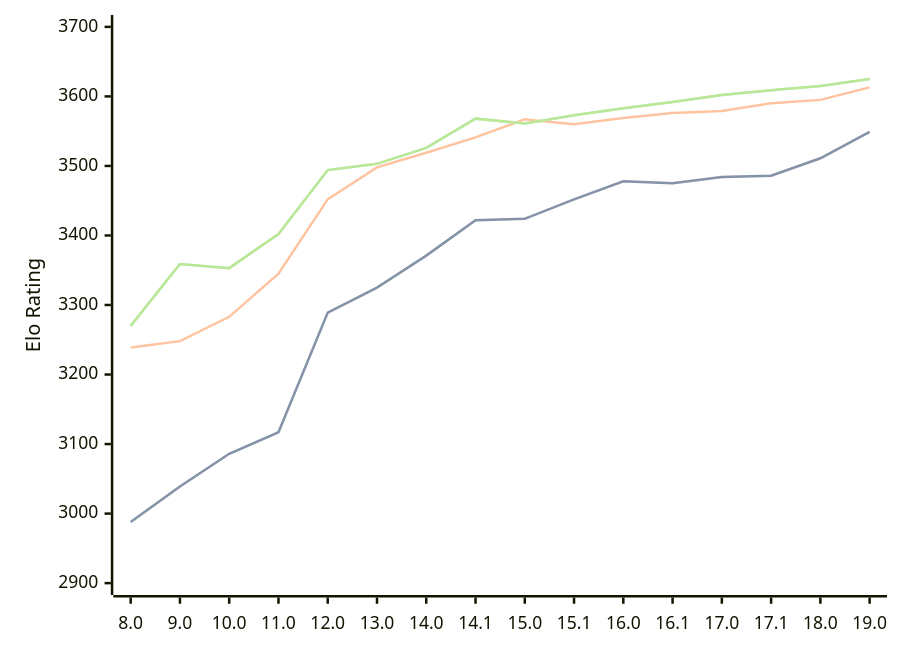
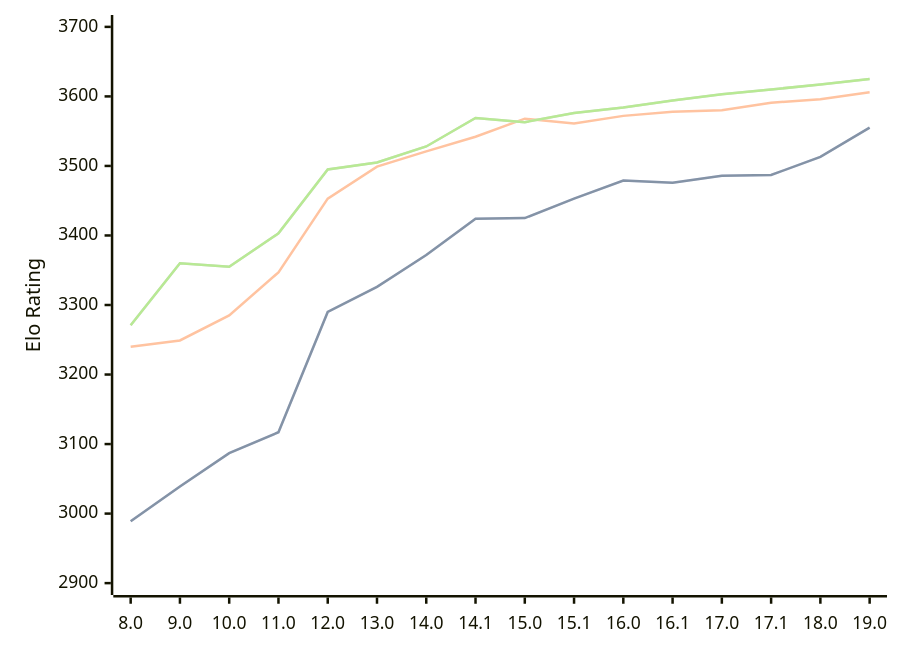
The diagram in engines/Stockfish.md (computer-chess-index/cci), drawn with Mermaid before and after one commit. The commit also changed other lines of this file, not shown here.

Commit message:
Update CCI Ratings (ELO VLTC) - 2026-09-08

````diff
--- a/engines/Stockfish.md
+++ b/engines/Stockfish.md
@@ -46,11 +46,11 @@
 ```mermaid
 %%{init: {"theme":"base","themeVariables":{"seriesColors:['#a3a3a3','#222221','#faa371']}}}%%
 xychart-beta
   x-axis ["8.0", "9.0", "10.0", "11.0", "12.0", "13.0", "14.0", "14.1", "15.0", "15.1", "16.0", "16.1", "17.0", "17.1", "18.0", "19.0"]
   y-axis "Elo Rating" 2900 --> 3700
-  line "" [2988, 3039, 3086, 3117, 3289, 3325, 3371, 3422, 3424, 3452, 3478, 3475, 3484, 3486, 3511, 3549]
-  line "STC (8.0+0.08s)" [2988, 3039, 3086, 3117, 3289, 3325, 3371, 3422, 3424, 3452, 3478, 3475, 3484, 3486, 3511, 3549]
-  line "LTC (60.0+0.60s)" [3239, 3248, 3283, 3345, 3452, 3498, 3519, 3541, 3567, 3560, 3569, 3576, 3579, 3590, 3595, 3613]
-  line "" [3270, 3359, 3353, 3402, 3494, 3503, 3526, 3568, 3561, 3573, 3583, 3592, 3602, 3609, 3615, 3625]
-  line "VLTC (2m24s+1.12s)" [3270, 3359, 3353, 3402, 3494, 3503, 3526, 3568, 3561, 3573, 3583, 3592, 3602, 3609, 3615, 3625]
+  line "" [2989, 3039, 3087, 3117, 3290, 3326, 3372, 3424, 3425, 3453, 3479, 3476, 3486, 3487, 3513, 3555]
+  line "STC (8.0+0.08s)" [2989, 3039, 3087, 3117, 3290, 3326, 3372, 3424, 3425, 3453, 3479, 3476, 3486, 3487, 3513, 3555]
+  line "LTC (60.0+0.60s)" [3240, 3249, 3285, 3347, 3453, 3499, 3521, 3542, 3568, 3561, 3572, 3578, 3580, 3591, 3596, 3606]
+  line "" [3271, 3360, 3355, 3403, 3495, 3505, 3528, 3569, 3563, 3576, 3584, 3594, 3603, 3610, 3617, 3625]
+  line "VLTC (2m24s+1.12s)" [3271, 3360, 3355, 3403, 3495, 3505, 3528, 3569, 3563, 3576, 3584, 3594, 3603, 3610, 3617, 3625]
 ```
````
